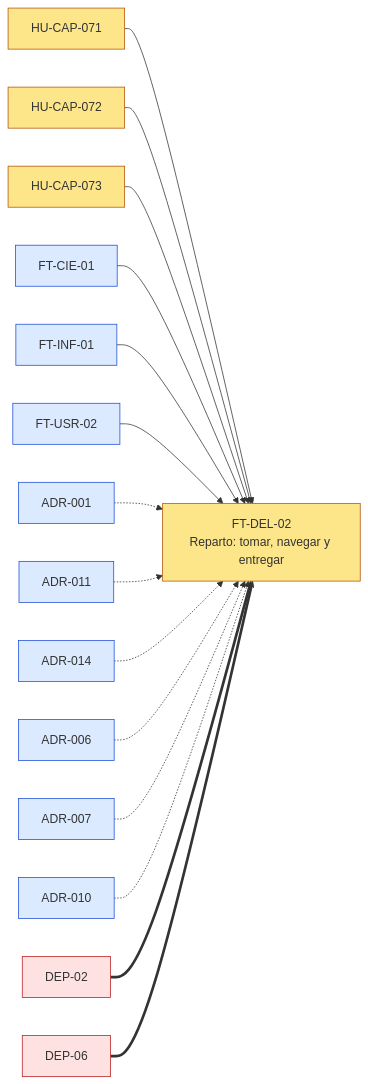
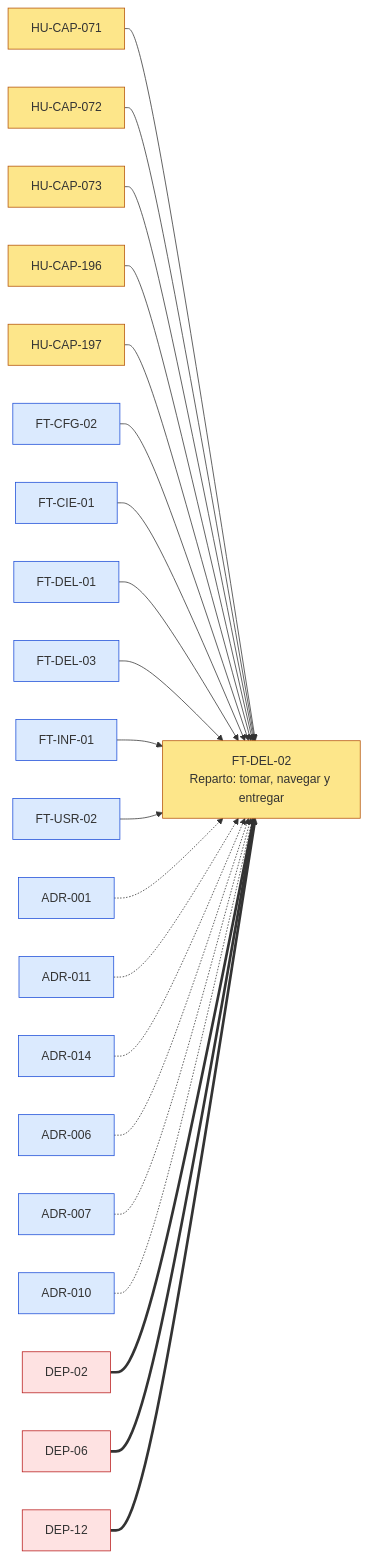
Before and after one commit to JoseEM26/caprichos: the first of 5 diagrams in docs/dor/DOR-FT-DEL-02-reparto-tomar-navegar-y-entregar.md, drawn with Mermaid. The commit also changed other lines of this file and 208 other files, not shown here.

````diff
--- a/docs/dor/DOR-FT-DEL-02-reparto-tomar-navegar-y-entregar.md
+++ b/docs/dor/DOR-FT-DEL-02-reparto-tomar-navegar-y-entregar.md
@@ -51,21 +51,27 @@
 ```mermaid
 flowchart LR
   classDef evaluado fill:#fde68a,stroke:#b45309
   classDef interna fill:#dbeafe,stroke:#1d4ed8
   classDef externa fill:#fee2e2,stroke:#b91c1c
   FT_DEL_02["FT-DEL-02<br>Reparto: tomar, navegar y entregar"]:::evaluado
   HU_CAP_071["HU-CAP-071"]:::evaluado --> FT_DEL_02
   HU_CAP_072["HU-CAP-072"]:::evaluado --> FT_DEL_02
   HU_CAP_073["HU-CAP-073"]:::evaluado --> FT_DEL_02
+  HU_CAP_196["HU-CAP-196"]:::evaluado --> FT_DEL_02
+  HU_CAP_197["HU-CAP-197"]:::evaluado --> FT_DEL_02
+  FT_CFG_02["FT-CFG-02"]:::interna --> FT_DEL_02
   FT_CIE_01["FT-CIE-01"]:::interna --> FT_DEL_02
+  FT_DEL_01["FT-DEL-01"]:::interna --> FT_DEL_02
+  FT_DEL_03["FT-DEL-03"]:::interna --> FT_DEL_02
   FT_INF_01["FT-INF-01"]:::interna --> FT_DEL_02
   FT_USR_02["FT-USR-02"]:::interna --> FT_DEL_02
   ADR_001["ADR-001"]:::interna -.-> FT_DEL_02
   ADR_011["ADR-011"]:::interna -.-> FT_DEL_02
   ADR_014["ADR-014"]:::interna -.-> FT_DEL_02
   ADR_006["ADR-006"]:::interna -.-> FT_DEL_02
   ADR_007["ADR-007"]:::interna -.-> FT_DEL_02
   ADR_010["ADR-010"]:::interna -.-> FT_DEL_02
   DEP_02["DEP-02"]:::externa ==> FT_DEL_02
   DEP_06["DEP-06"]:::externa ==> FT_DEL_02
+  DEP_12["DEP-12"]:::externa ==> FT_DEL_02
 ```
````
